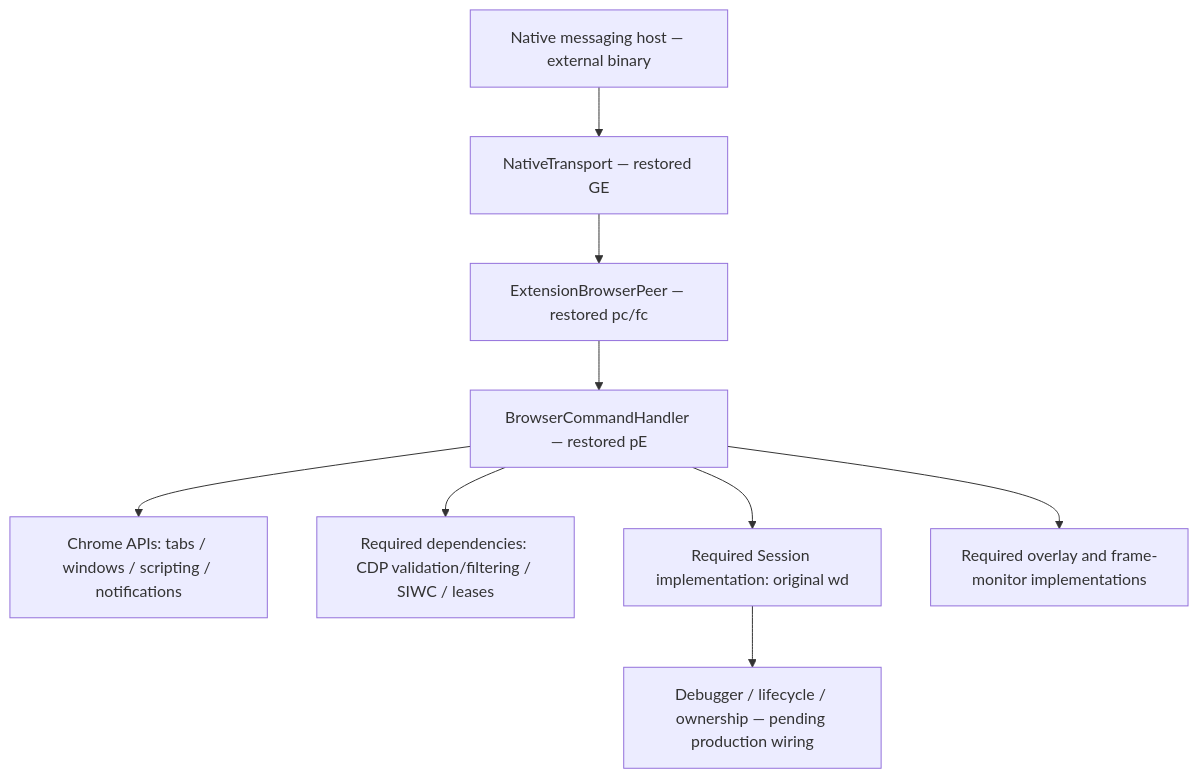
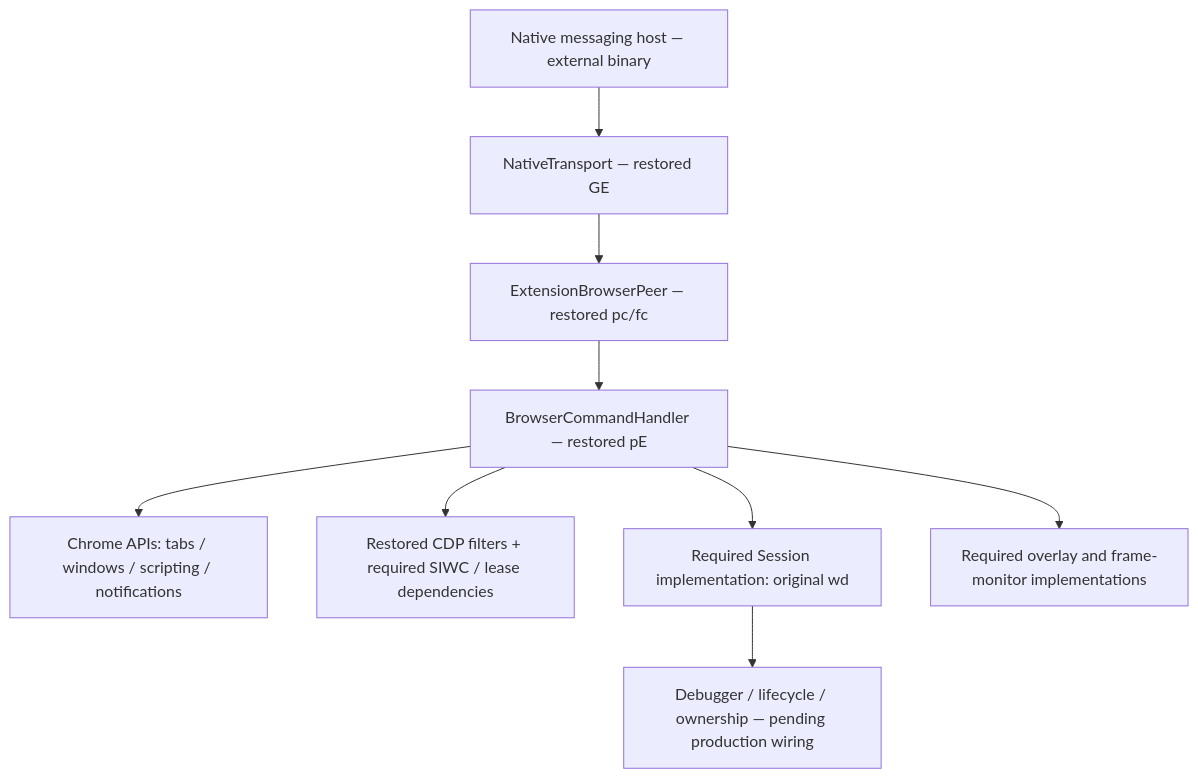
Before and after one commit to vicksiyi/cua-kit: the diagram in packages/browser-extension/README.md, drawn with Mermaid. The commit also changed other lines of this file and 10 other files, not shown here.

````diff
--- a/packages/browser-extension/README.md
+++ b/packages/browser-extension/README.md
@@ -47,11 +48,11 @@
 ```mermaid
 flowchart TD
   Host[Native messaging host — external binary] --> Transport[NativeTransport — restored GE]
   Transport --> Peer[ExtensionBrowserPeer — restored pc/fc]
   Peer --> Handler[BrowserCommandHandler — restored pE]
   Handler --> Chrome[Chrome APIs: tabs / windows / scripting / notifications]
-  Handler --> Guards[Required dependencies: CDP validation/filtering / SIWC / leases]
+  Handler --> Guards[Restored CDP filters + required SIWC / lease dependencies]
   Handler --> Session[Required Session implementation: original wd]
   Handler --> Overlay[Required overlay and frame-monitor implementations]
   Session --> Actual[Debugger / lifecycle / ownership — pending production wiring]
 ```
````
